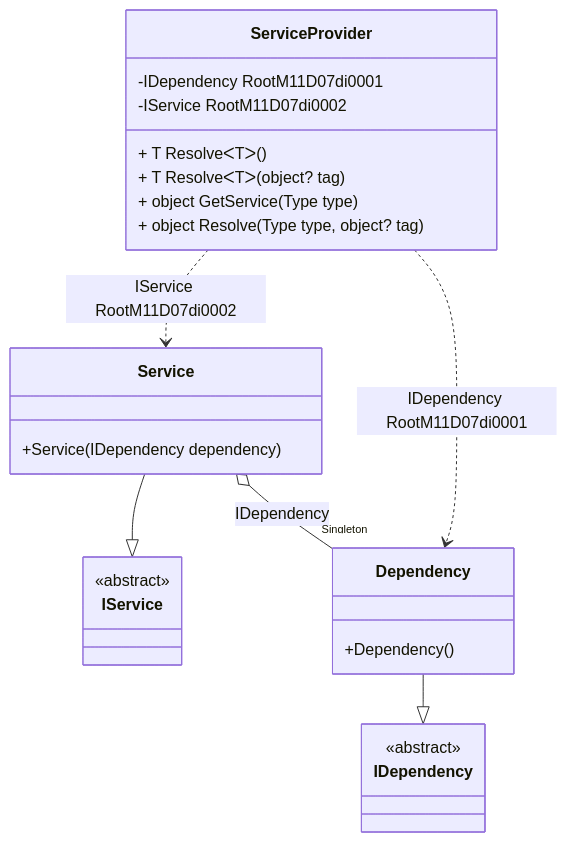
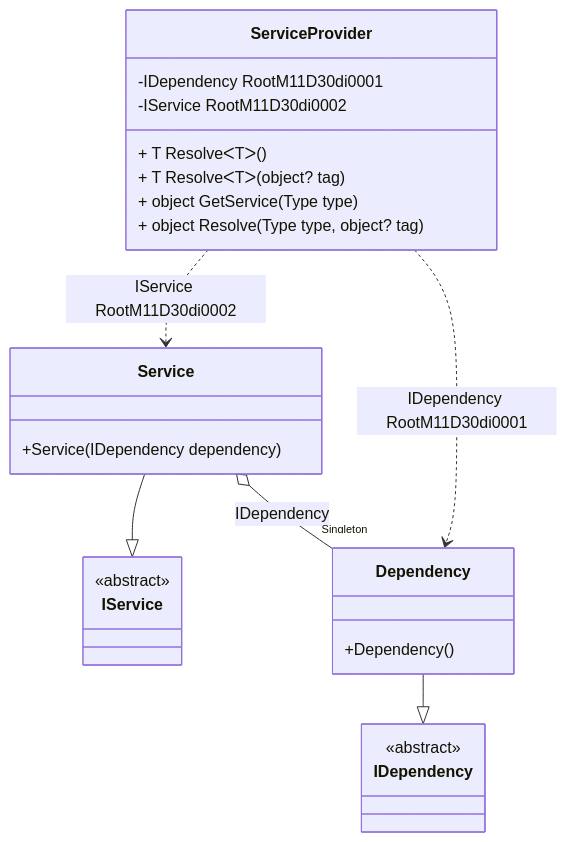
One commit to DevTeam/Pure.DI changed the diagram in readme/service-provider.md. Above: the diagram before and after it, drawn with Mermaid. The commit also changed other lines of this file and 70 other files, not shown here.

````diff
--- a/readme/service-provider.md
+++ b/readme/service-provider.md
@@ -49,28 +49,28 @@
 ```mermaid
 classDiagram
   class ServiceProvider {
-    -IDependency RootM11D07di0001
-    -IService RootM11D07di0002
+    -IDependency RootM11D30di0001
+    -IService RootM11D30di0002
     + T ResolveᐸTᐳ()
     + T ResolveᐸTᐳ(object? tag)
     + object GetService(Type type)
     + object Resolve(Type type, object? tag)
   }
   Service --|> IService : 
   class Service {
     +Service(IDependency dependency)
   }
   Dependency --|> IDependency : 
   class Dependency {
     +Dependency()
   }
   class IService {
     <<abstract>>
   }
   class IDependency {
     <<abstract>>
   }
   Service o--  "Singleton" Dependency : IDependency
-  ServiceProvider ..> Dependency : IDependency RootM11D07di0001
-  ServiceProvider ..> Service : IService RootM11D07di0002
+  ServiceProvider ..> Dependency : IDependency RootM11D30di0001
+  ServiceProvider ..> Service : IService RootM11D30di0002
 ```
````
